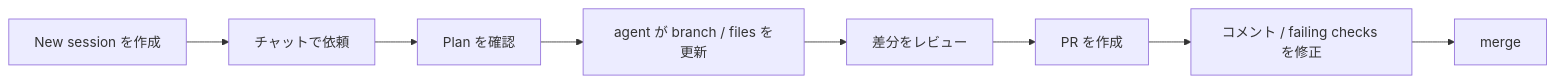
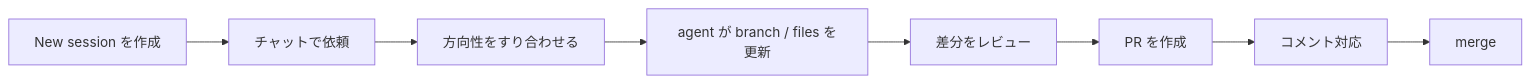
The diagram in articles/2fa6fc238efe0f.md (tomokusaba/zenn), drawn with Mermaid before and after one commit. The commit also changed other lines of this file and 2 other files, not shown here.

````diff
--- a/articles/2fa6fc238efe0f.md
+++ b/articles/2fa6fc238efe0f.md
@@ -49,10 +49,10 @@
 ```mermaid
 flowchart LR
     A[New session を作成] --> B[チャットで依頼]
-    B --> C[Plan を確認]
+    B --> C[方向性をすり合わせる]
     C --> D[agent が branch / files を更新]
     D --> E[差分をレビュー]
     E --> F[PR を作成]
-    F --> G[コメント / failing checks を修正]
+    F --> G[コメント対応]
     G --> H[merge]
 ```
````
